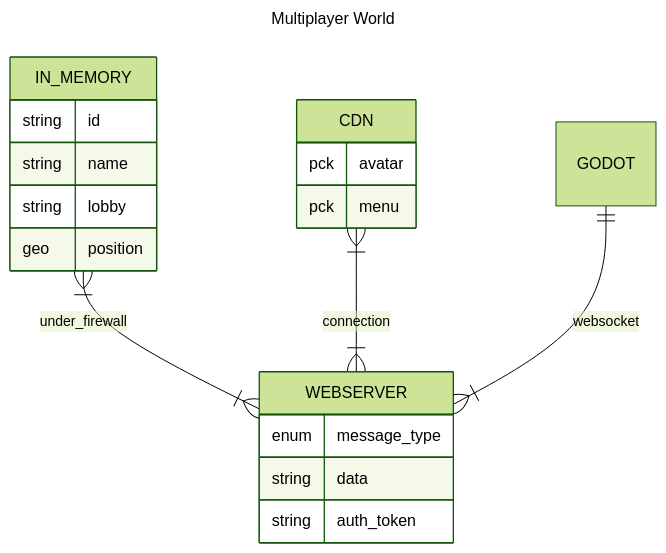
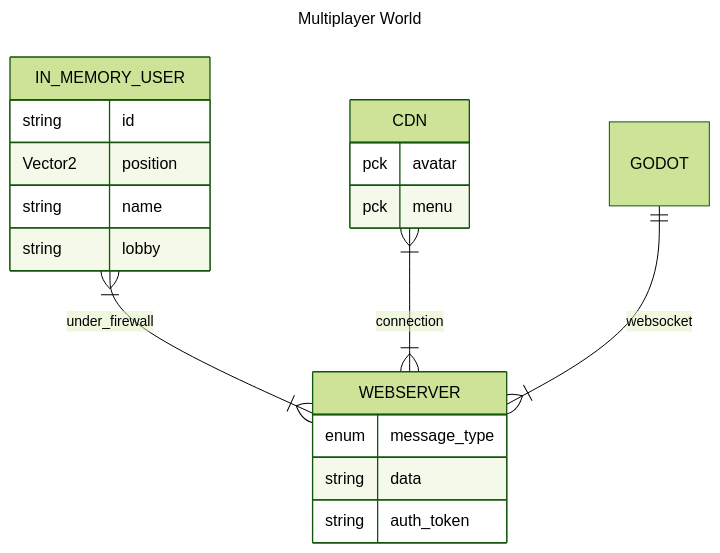
The first of 3 diagrams in README.md (Ughuuu/Multiplayer-World), drawn with Mermaid (forest theme) before and after one commit. The commit also changed other lines of this file and 21 other files, not shown here.

````diff
--- a/README.md
+++ b/README.md
@@ -74,24 +81,24 @@
 ```mermaid
 ---
 title: Multiplayer World
 ---
 erDiagram
-    IN_MEMORY 1+--1+ WEBSERVER : under_firewall
+    IN_MEMORY_USER 1+--1+ WEBSERVER : under_firewall
     CDN 1+--1+ WEBSERVER : connection
-    IN_MEMORY {
+    IN_MEMORY_USER {
         string id
+        Vector2 position
         string name
         string lobby
-        geo position
     }
     WEBSERVER {
         enum message_type
         string data
         string auth_token
     }
     CDN {
         pck avatar
         pck menu
     }
     GODOT 1--1+ WEBSERVER : websocket
 ```
````
